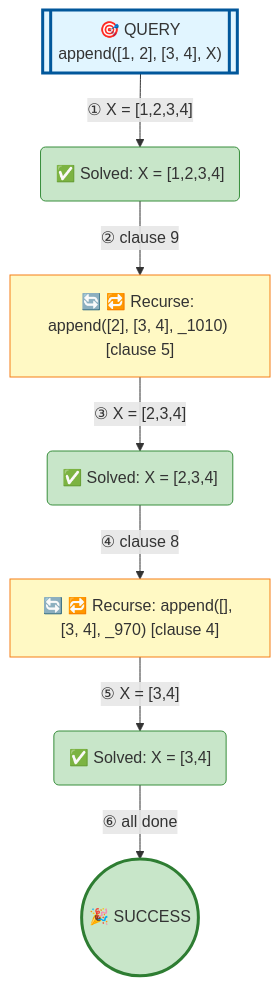
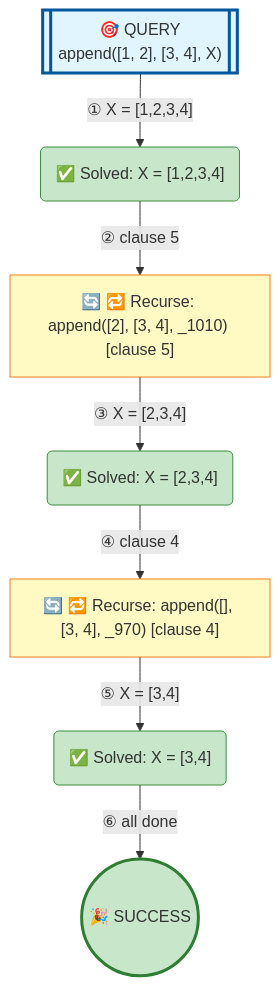
The diagram in examples/append-standard.md (jarecsni/prolog-trace-viz), drawn with Mermaid before and after one commit. The commit also changed 24 other files, not shown here.

````diff
--- a/examples/append-standard.md
+++ b/examples/append-standard.md
@@ -18,29 +18,29 @@
 ```mermaid
 graph TD
 
 %% Nodes
 A[["🎯 QUERY<br/>append([1, 2], [3, 4], X)"]]
 B("✅ Solved: X = [1,2,3,4]")
 C["🔄 🔁 Recurse: append([2], [3, 4], _1010) [clause 5]"]
 D("✅ Solved: X = [2,3,4]")
 E["🔄 🔁 Recurse: append([], [3, 4], _970) [clause 4]"]
 F("✅ Solved: X = [3,4]")
 G(("🎉 SUCCESS"))
 
 %% Edges
 A -->|"① X = [1,2,3,4]"| B
-B -->|"② clause 9"| C
+B -->|"② clause 5"| C
 C -->|"③ X = [2,3,4]"| D
-D -->|"④ clause 8"| E
+D -->|"④ clause 4"| E
 E -->|"⑤ X = [3,4]"| F
 F -->|"⑥ all done"| G
 
 %% Styles
 style A fill:#e1f5ff,stroke:#01579b,stroke-width:3px
 style B fill:#c8e6c9,stroke:#388e3c
 style C fill:#fff9c4,stroke:#f57f17
 style D fill:#c8e6c9,stroke:#388e3c
 style E fill:#fff9c4,stroke:#f57f17
 style F fill:#c8e6c9,stroke:#388e3c
 style G fill:#c8e6c9,stroke:#2e7d32,stroke-width:3px
 ```
````
